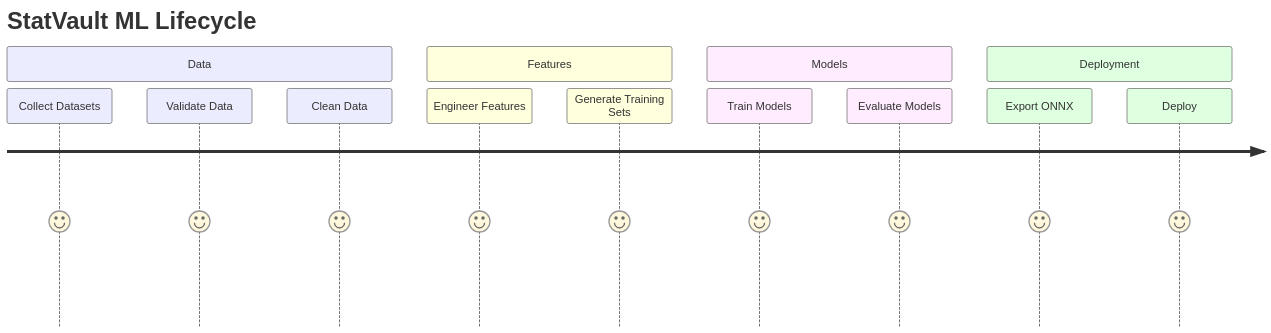
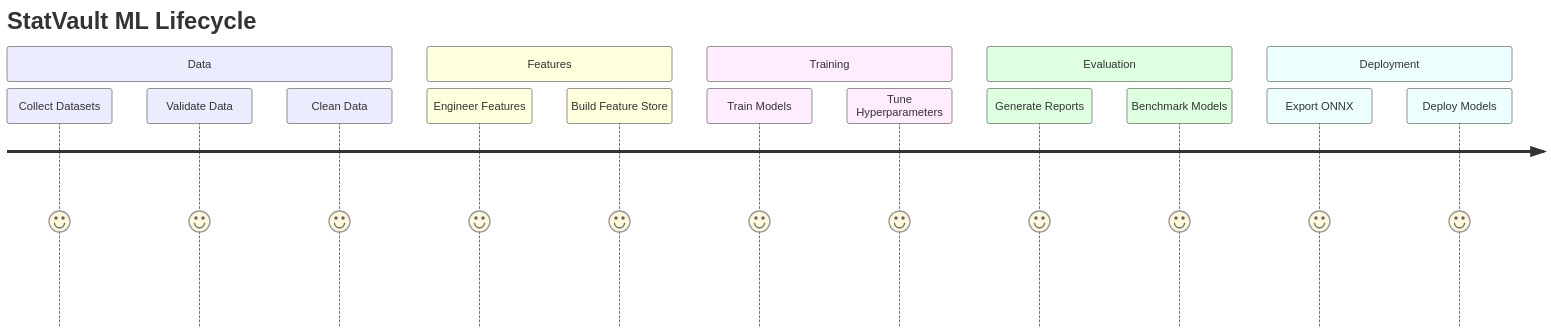
The second of 4 diagrams in README.md (sai-ganesh-4539/StatVault), drawn with Mermaid before and after one commit. The commit also changed other lines of this file, not shown here.

````diff
--- a/README.md
+++ b/README.md
@@ -82,26 +110,25 @@
 ```mermaid
 journey
-
 title StatVault ML Lifecycle
 
 section Data
-
 Collect Datasets: 5
 Validate Data: 5
 Clean Data: 5
 
 section Features
+Engineer Features: 5
+Build Feature Store: 5
 
-Engineer Features: 5
-Generate Training Sets: 5
+section Training
+Train Models: 5
+Tune Hyperparameters: 5
 
-section Models
-
-Train Models: 5
-Evaluate Models: 5
+section Evaluation
+Generate Reports: 5
+Benchmark Models: 5
 
 section Deployment
-
 Export ONNX: 5
-Deploy: 5
+Deploy Models: 5
 ```
````
